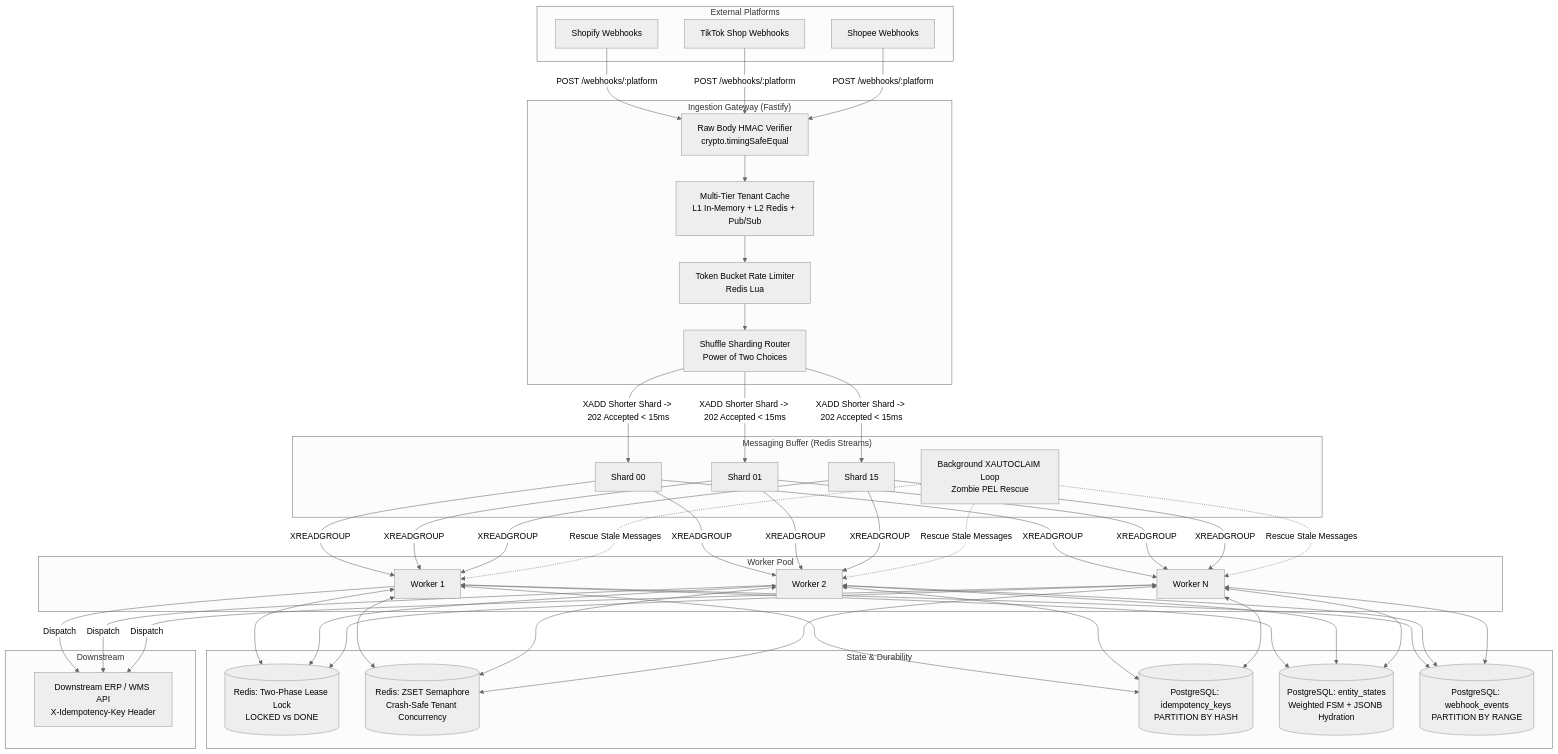
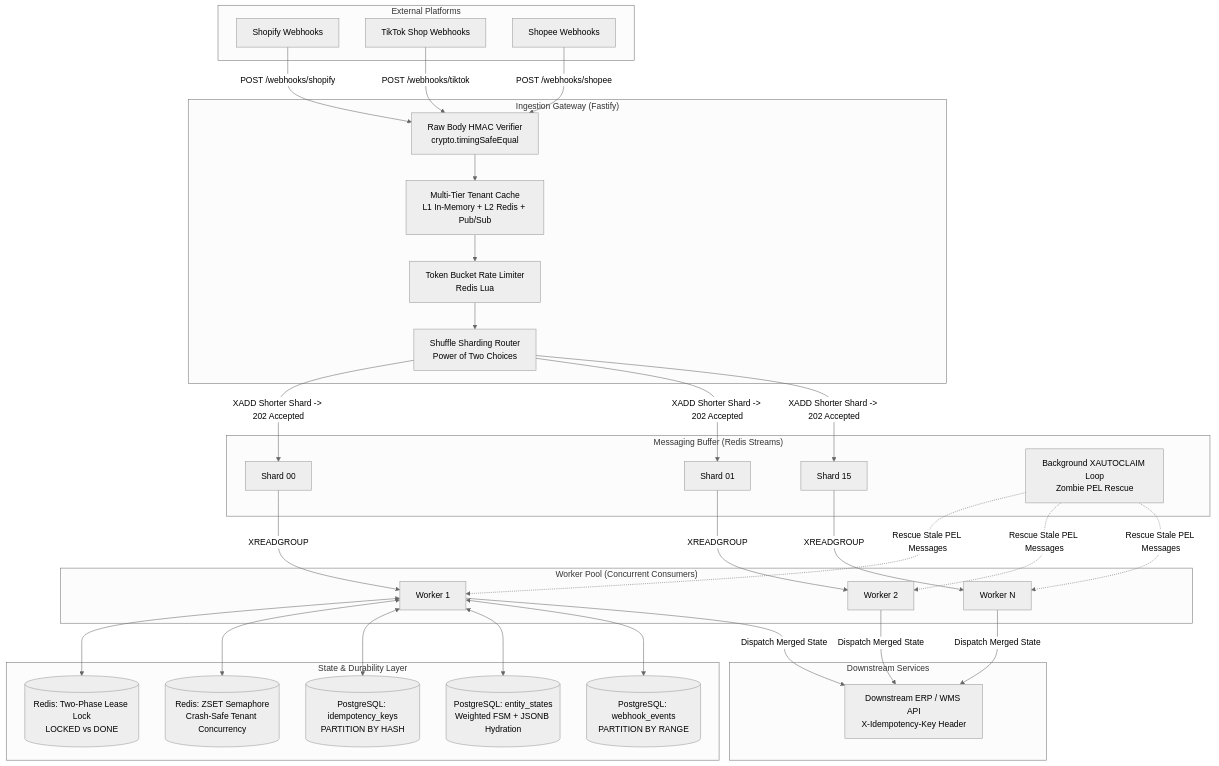
The diagram in README.md (Duc-nam-enzo1203/Webhook-Ingestion-Engine), drawn with Mermaid (neutral theme) before and after one commit. The commit also changed other lines of this file and 33 other files, not shown here.

````diff
--- a/README.md
+++ b/README.md
@@ -16,49 +16,64 @@
 ```mermaid
-graph TD
+flowchart TD
     subgraph External_Platforms["External Platforms"]
         A1["Shopify Webhooks"]
         A2["TikTok Shop Webhooks"]
         A3["Shopee Webhooks"]
     end
 
     subgraph Ingestion_Gateway["Ingestion Gateway (Fastify)"]
         B1["Raw Body HMAC Verifier<br/>crypto.timingSafeEqual"]
         B2["Multi-Tier Tenant Cache<br/>L1 In-Memory + L2 Redis + Pub/Sub"]
         B3["Token Bucket Rate Limiter<br/>Redis Lua"]
         B4["Shuffle Sharding Router<br/>Power of Two Choices"]
     end
 
     subgraph Messaging_Buffer["Messaging Buffer (Redis Streams)"]
         S0["Shard 00"]
         S1["Shard 01"]
         SN["Shard 15"]
         PEL["Background XAUTOCLAIM Loop<br/>Zombie PEL Rescue"]
     end
 
-    subgraph Worker_Pool["Worker Pool"]
+    subgraph Worker_Pool["Worker Pool (Concurrent Consumers)"]
         W1["Worker 1"]
         W2["Worker 2"]
         WN["Worker N"]
     end
 
-    subgraph State_Durability["State & Durability"]
+    subgraph State_Durability["State & Durability Layer"]
         L1[("Redis: Two-Phase Lease Lock<br/>LOCKED vs DONE")]
         L2[("Redis: ZSET Semaphore<br/>Crash-Safe Tenant Concurrency")]
         DB1[("PostgreSQL: idempotency_keys<br/>PARTITION BY HASH")]
         DB2[("PostgreSQL: entity_states<br/>Weighted FSM + JSONB Hydration")]
         DB3[("PostgreSQL: webhook_events<br/>PARTITION BY RANGE")]
     end
 
-    subgraph Downstream_Services["Downstream"]
+    subgraph Downstream_Services["Downstream Services"]
         ERP["Downstream ERP / WMS API<br/>X-Idempotency-Key Header"]
     end
 
-    A1 & A2 & A3 -->|POST /webhooks/:platform| B1
-    B1 --> B2 --> B3 --> B4
-    B4 -->|"XADD Shorter Shard -> 202 Accepted < 15ms"| S0 & S1 & SN
-    S0 & S1 & SN -->|XREADGROUP| W1 & W2 & WN
-    PEL -.->|"Rescue Stale Messages"| W1 & W2 & WN
-    W1 & W2 & WN <--> L1 & L2
-    W1 & W2 & WN <--> DB1 & DB2 & DB3
-    W1 & W2 & WN -->|Dispatch| ERP
+    A1 -->|POST /webhooks/shopify| B1
+    A2 -->|POST /webhooks/tiktok| B1
+    A3 -->|POST /webhooks/shopee| B1
+    B1 --> B2
+    B2 --> B3
+    B3 --> B4
+    B4 -->|"XADD Shorter Shard -> 202 Accepted"| S0
+    B4 -->|"XADD Shorter Shard -> 202 Accepted"| S1
+    B4 -->|"XADD Shorter Shard -> 202 Accepted"| SN
+    S0 -->|XREADGROUP| W1
+    S1 -->|XREADGROUP| W2
+    SN -->|XREADGROUP| WN
+    PEL -.->|"Rescue Stale PEL Messages"| W1
+    PEL -.->|"Rescue Stale PEL Messages"| W2
+    PEL -.->|"Rescue Stale PEL Messages"| WN
+    W1 <--> L1
+    W1 <--> L2
+    W1 <--> DB1
+    W1 <--> DB2
+    W1 <--> DB3
+    W1 -->|Dispatch Merged State| ERP
+    W2 -->|Dispatch Merged State| ERP
+    WN -->|Dispatch Merged State| ERP
 ```
````
